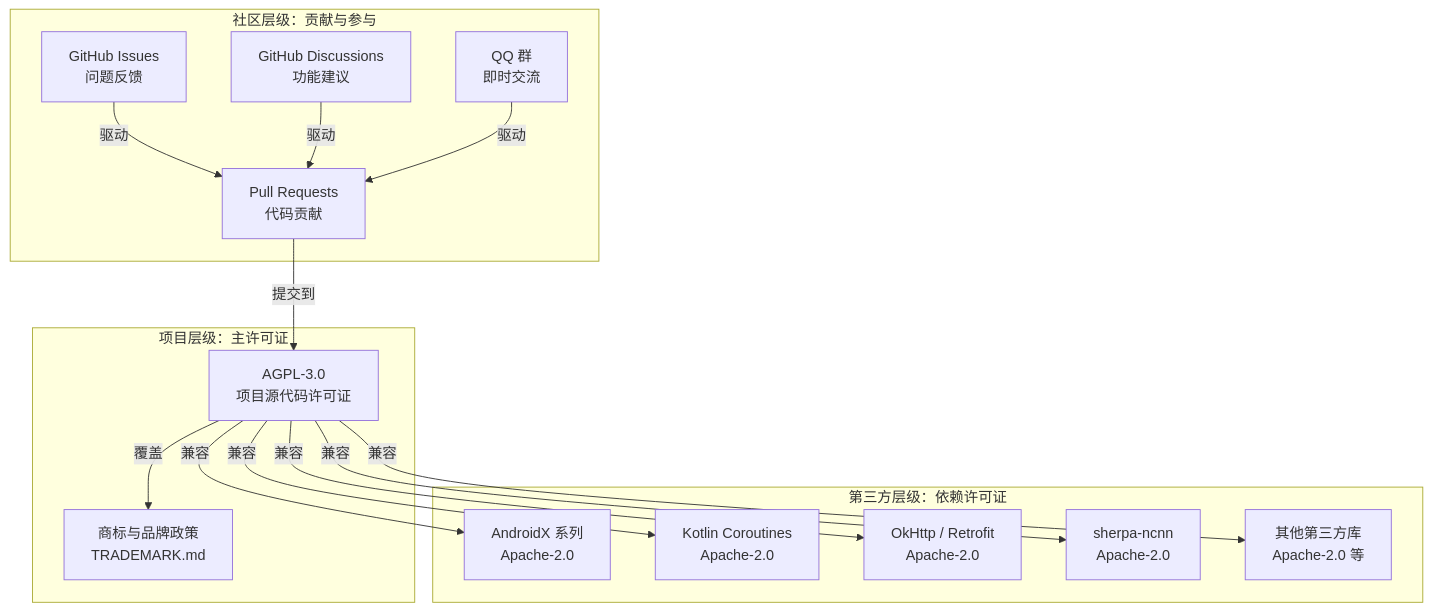
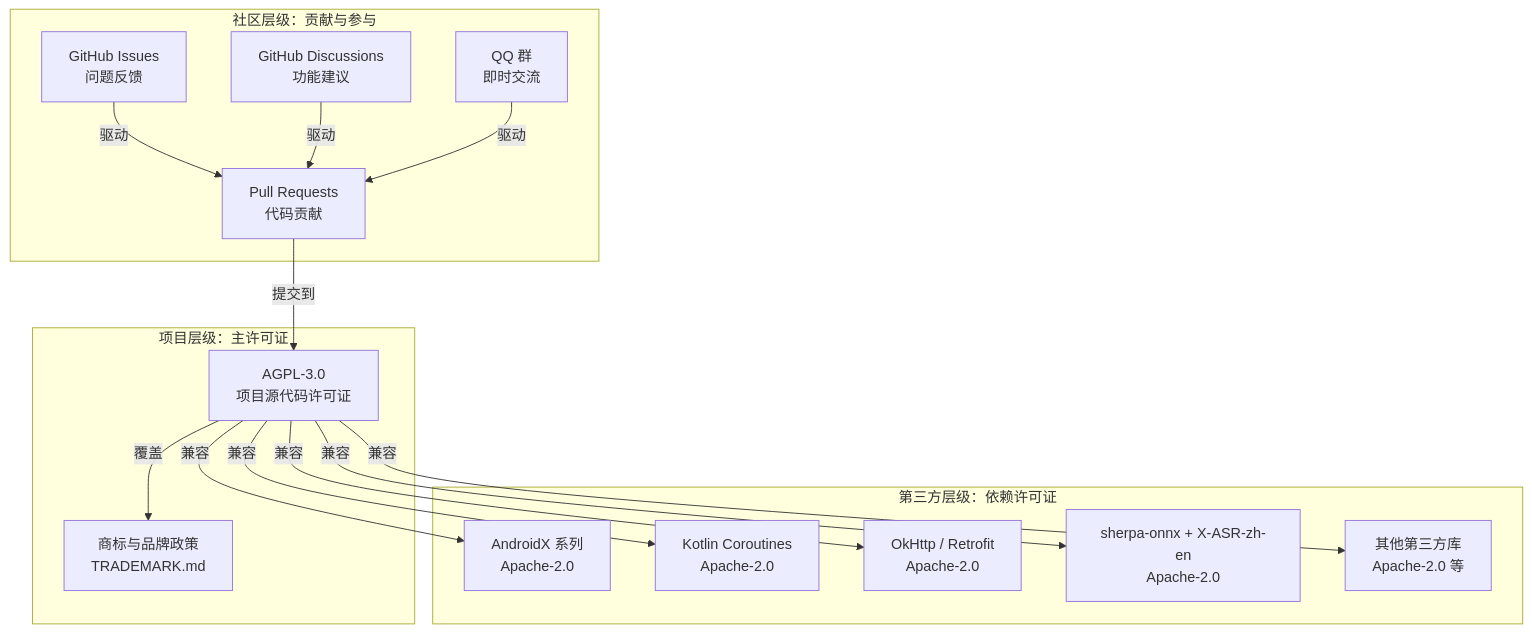
Before and after one commit to ZG0704666/Aries-AI: the first of 4 diagrams in Aries-site/docs/项目概览/许可证与社区.md, drawn with Mermaid. The commit also changed other lines of this file and 215 other files, not shown here.

````diff
--- a/Aries-site/docs/项目概览/许可证与社区.md
+++ b/Aries-site/docs/项目概览/许可证与社区.md
@@ -13,34 +13,34 @@
 ```mermaid
 flowchart TD
     subgraph 项目层["项目层级：主许可证"]
         AGPL["AGPL-3.0<br/>项目源代码许可证"]
         TRADEMARK["商标与品牌政策<br/>TRADEMARK.md"]
     end
 
     subgraph 第三方层["第三方层级：依赖许可证"]
         DEP1["AndroidX 系列<br/>Apache-2.0"]
         DEP2["Kotlin Coroutines<br/>Apache-2.0"]
         DEP3["OkHttp / Retrofit<br/>Apache-2.0"]
-        DEP4["sherpa-ncnn<br/>Apache-2.0"]
+        DEP4["sherpa-onnx + X-ASR-zh-en<br/>Apache-2.0"]
         DEP5["其他第三方库<br/>Apache-2.0 等"]
     end
 
     subgraph 社区层["社区层级：贡献与参与"]
         COMM1["GitHub Issues<br/>问题反馈"]
         COMM2["GitHub Discussions<br/>功能建议"]
         COMM3["QQ 群<br/>即时交流"]
         COMM4["Pull Requests<br/>代码贡献"]
     end
 
     AGPL -->|"覆盖"| TRADEMARK
     AGPL -->|"兼容"| DEP1
     AGPL -->|"兼容"| DEP2
     AGPL -->|"兼容"| DEP3
     AGPL -->|"兼容"| DEP4
     AGPL -->|"兼容"| DEP5
 
     COMM1 -->|"驱动"| COMM4
     COMM2 -->|"驱动"| COMM4
     COMM3 -->|"驱动"| COMM4
     COMM4 -->|"提交到"| AGPL
 ```
````
